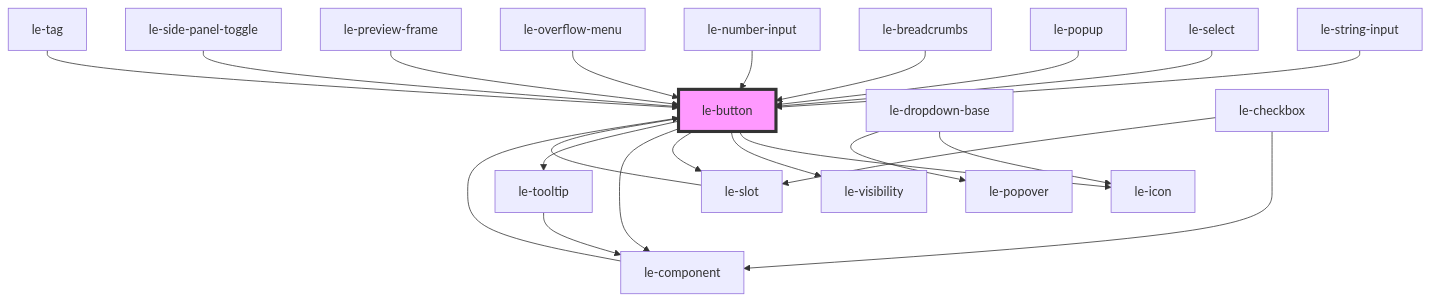
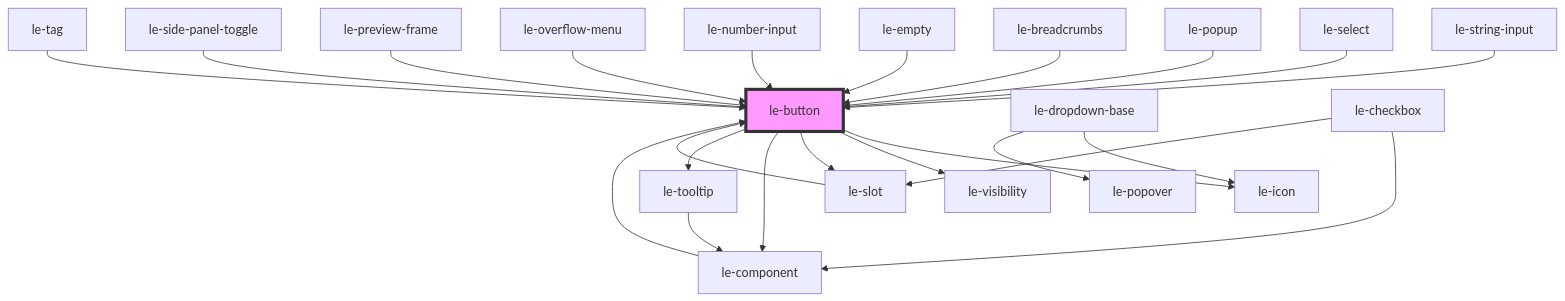
One commit to leechy/le-kit changed the diagram in packages/core/src/components/le-button/readme.md. Above: the diagram before and after it, drawn with Mermaid. The commit also changed other lines of this file and 5 other files, not shown here.

````diff
--- a/packages/core/src/components/le-button/readme.md
+++ b/packages/core/src/components/le-button/readme.md
@@ -193,25 +194,26 @@
 ```mermaid
 graph TD;
   le-button --> le-icon
   le-button --> le-visibility
   le-button --> le-slot
   le-button --> le-component
   le-button --> le-tooltip
   le-slot --> le-button
   le-string-input --> le-button
   le-component --> le-button
   le-select --> le-button
   le-dropdown-base --> le-icon
   le-dropdown-base --> le-popover
   le-checkbox --> le-component
   le-checkbox --> le-slot
   le-popup --> le-button
   le-tooltip --> le-component
   le-breadcrumbs --> le-button
+  le-empty --> le-button
   le-number-input --> le-button
   le-overflow-menu --> le-button
   le-preview-frame --> le-button
   le-side-panel-toggle --> le-button
   le-tag --> le-button
   style le-button fill:#f9f,stroke:#333,stroke-width:4px
 ```
````
